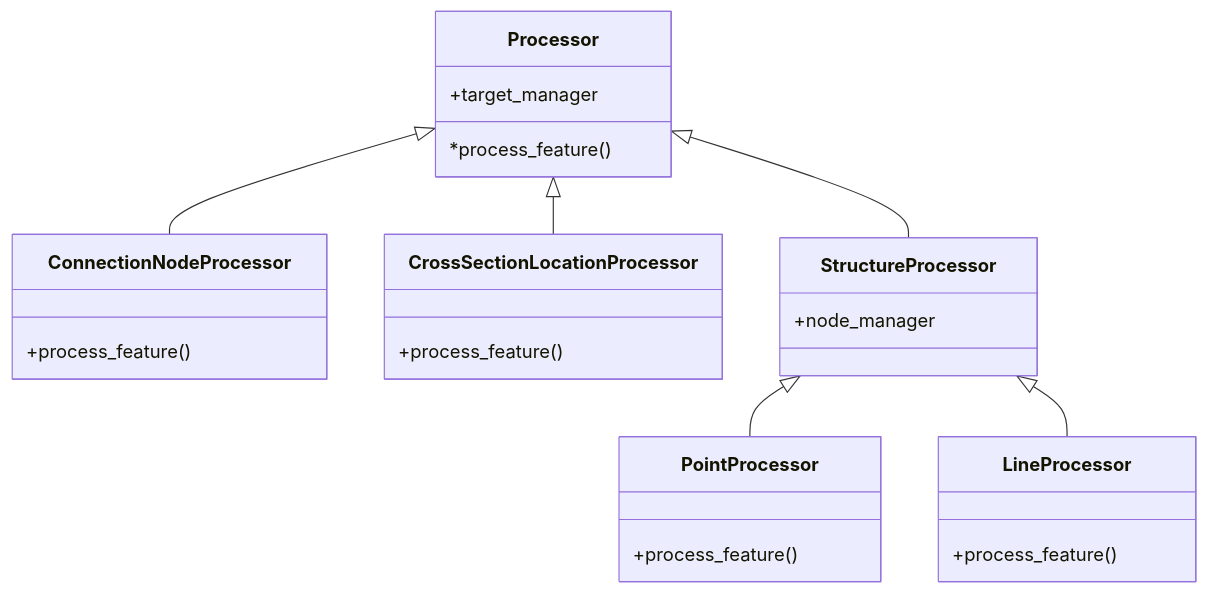
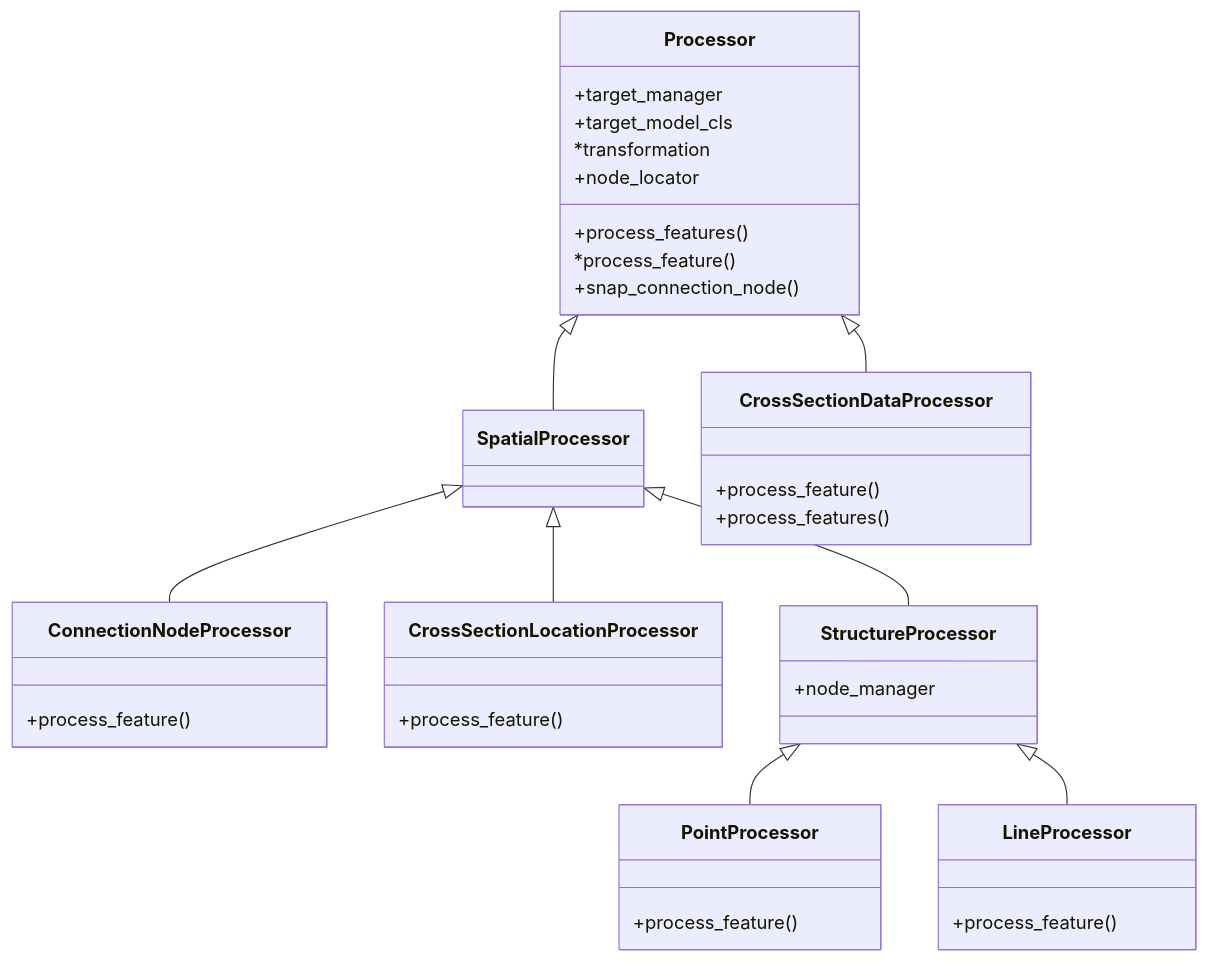
The second of 2 diagrams in DESIGN.md (nens/threedi-schematisation-editor), drawn with Mermaid before and after one commit. The commit also changed other lines of this file and 21 other files, not shown here.

Commit message:
Cross section data Importer (#435)

````diff
--- a/DESIGN.md
+++ b/DESIGN.md
@@ -63,33 +82,49 @@
 ```mermaid
 classDiagram
-    Processor <|-- ConnectionNodeProcessor
-    Processor <|-- CrossSectionLocationProcessor
-    Processor <|-- StructureProcessor
+    Processor <|-- SpatialProcessor
+    Processor <|-- CrossSectionDataProcessor
+    SpatialProcessor <|-- ConnectionNodeProcessor
+    SpatialProcessor <|-- CrossSectionLocationProcessor
+    SpatialProcessor <|-- StructureProcessor
     StructureProcessor <|-- PointProcessor
     StructureProcessor <|-- LineProcessor
 
     class Processor {
         +target_manager
+        +process_features()
         *process_feature()
+        
+    }
+    
+    class CrossSectionDataProcessor {
+        +process_feature()
+        +process_features()
+    }    
+
+    class Processor {
+        +target_model_cls
+        *transformation
+        +node_locator
+        +snap_connection_node()
     }
 
     class ConnectionNodeProcessor {
         +process_feature()
     }
     
     class CrossSectionLocationProcessor {
         +process_feature()
     }
 
     class StructureProcessor {
         +node_manager
     }
 
     class PointProcessor {
         +process_feature()
     }
 
     class LineProcessor {
         +process_feature()
     }
 ```
````
